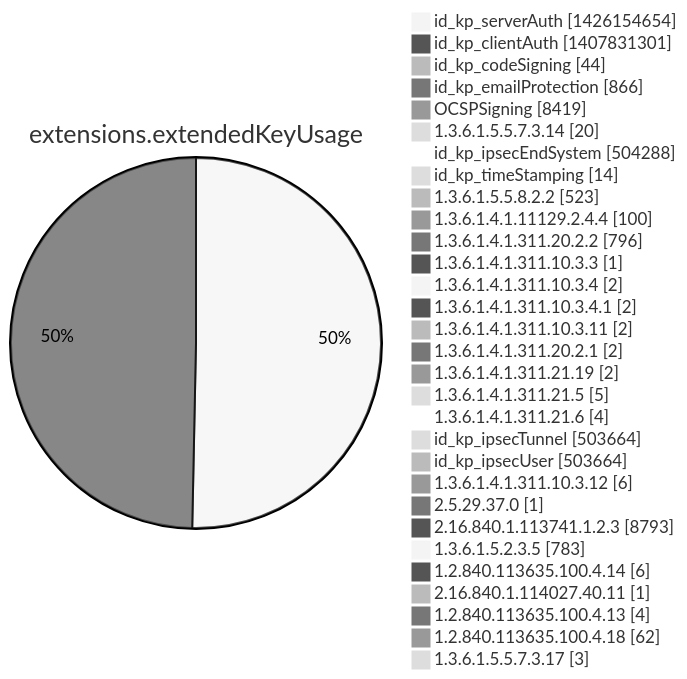
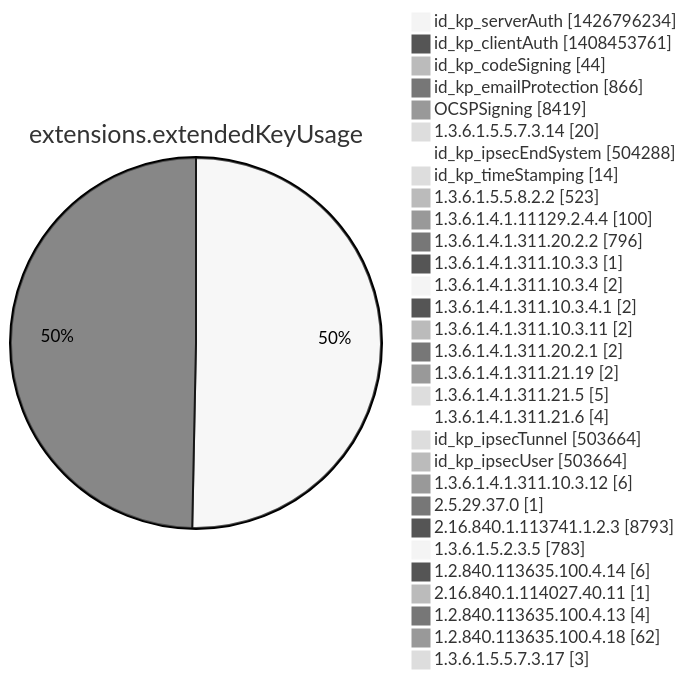
One commit to christiankrug/ctmonitor_visualization changed diagram 12 of 15 in argon2022/README.md. Above: the diagram before and after it, drawn with Mermaid (neutral theme). The commit also changed other lines of this file, not shown here.

````diff
--- a/argon2022/README.md
+++ b/argon2022/README.md
@@ -3555,34 +3555,34 @@
 ```mermaid
 pie showData
 title extensions.extendedKeyUsage
-"id_kp_serverAuth" :1426154654
-"id_kp_clientAuth" :1407831301
+"id_kp_serverAuth" :1426796234
+"id_kp_clientAuth" :1408453761
 "id_kp_codeSigning" :44
 "id_kp_emailProtection" :866
 "OCSPSigning" :8419
 "1.3.6.1.5.5.7.3.14" :20
 "id_kp_ipsecEndSystem" :504288
 "id_kp_timeStamping" :14
 "1.3.6.1.5.5.8.2.2" :523
 "1.3.6.1.4.1.11129.2.4.4" :100
 "1.3.6.1.4.1.311.20.2.2" :796
 "1.3.6.1.4.1.311.10.3.3" :1
 "1.3.6.1.4.1.311.10.3.4" :2
 "1.3.6.1.4.1.311.10.3.4.1" :2
 "1.3.6.1.4.1.311.10.3.11" :2
 "1.3.6.1.4.1.311.20.2.1" :2
 "1.3.6.1.4.1.311.21.19" :2
 "1.3.6.1.4.1.311.21.5" :5
 "1.3.6.1.4.1.311.21.6" :4
 "id_kp_ipsecTunnel" :503664
 "id_kp_ipsecUser" :503664
 "1.3.6.1.4.1.311.10.3.12" :6
 "2.5.29.37.0" :1
 "2.16.840.1.113741.1.2.3" :8793
 "1.3.6.1.5.2.3.5" :783
 "1.2.840.113635.100.4.14" :6
 "2.16.840.1.114027.40.11" :1
 "1.2.840.113635.100.4.13" :4
 "1.2.840.113635.100.4.18" :62
 "1.3.6.1.5.5.7.3.17" :3
 ```
````
